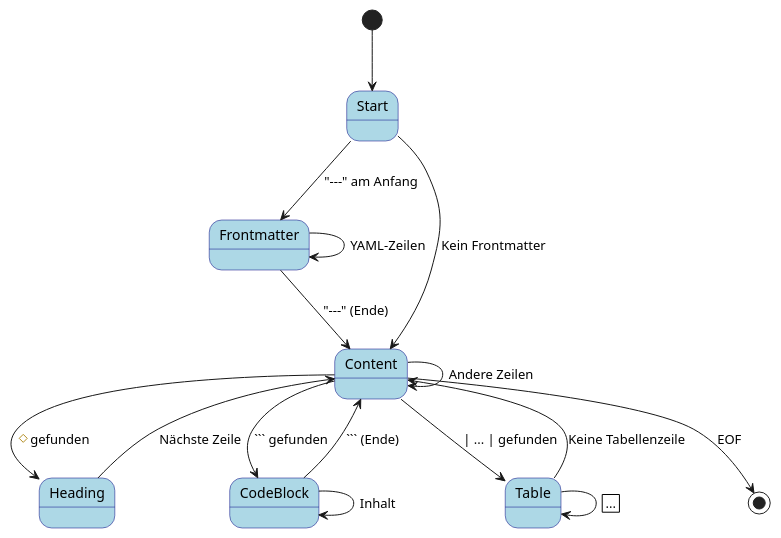
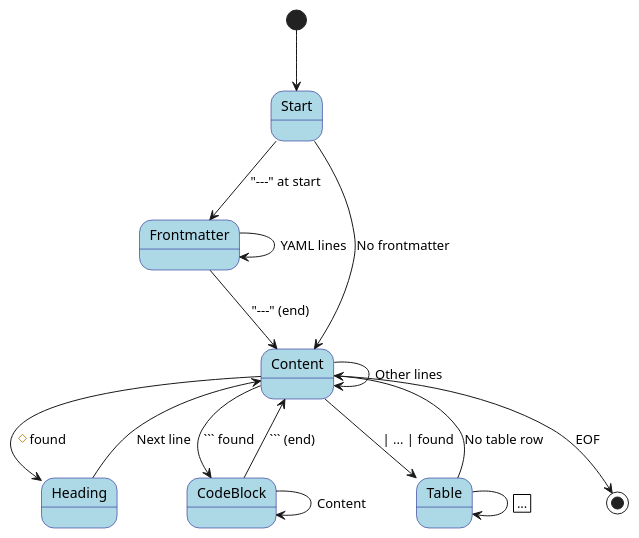
One commit to raifdmueller/dacli changed the diagram in src/docs/spec/04_markdown_parser.adoc. Above: the diagram before and after it, drawn with PlantUML. The commit also changed other lines of this file and 5 other files, not shown here.

````diff
--- a/src/docs/spec/04_markdown_parser.adoc
+++ b/src/docs/spec/04_markdown_parser.adoc
@@ -529,27 +529,27 @@
 [plantuml, md-parser-states, svg]
 ----
 @startuml
 skinparam StateBackgroundColor LightBlue
 skinparam StateBorderColor Navy
 
 [*] --> Start
-Start --> Frontmatter : "---" am Anfang
-Start --> Content : Kein Frontmatter
+Start --> Frontmatter : "---" at start
+Start --> Content : No frontmatter
 
-Frontmatter --> Content : "---" (Ende)
-Frontmatter --> Frontmatter : YAML-Zeilen
+Frontmatter --> Content : "---" (end)
+Frontmatter --> Frontmatter : YAML lines
 
-Content --> Heading : # gefunden
-Content --> CodeBlock : ``` gefunden
-Content --> Table : | ... | gefunden
-Content --> Content : Andere Zeilen
+Content --> Heading : # found
+Content --> CodeBlock : ``` found
+Content --> Table : | ... | found
+Content --> Content : Other lines
 
-Heading --> Content : Nächste Zeile
-CodeBlock --> CodeBlock : Inhalt
-CodeBlock --> Content : ``` (Ende)
+Heading --> Content : Next line
+CodeBlock --> CodeBlock : Content
+CodeBlock --> Content : ``` (end)
 Table --> Table : | ... |
-Table --> Content : Keine Tabellenzeile
+Table --> Content : No table row
 
 Content --> [*] : EOF
 @enduml
 ----
````
